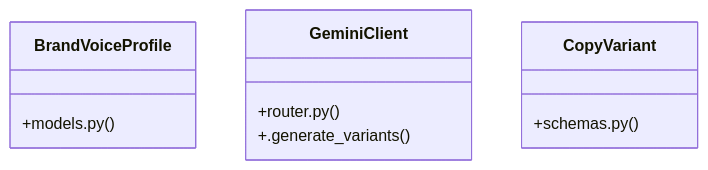
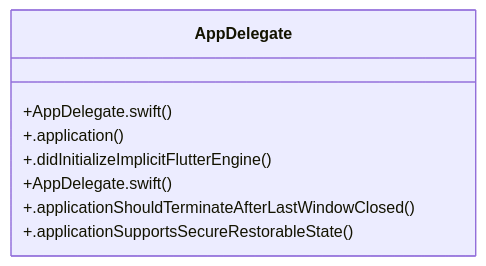
The diagram in graphify-out/wiki/Community_23.md (IHKodifier/kloudshop), drawn with Mermaid before and after one commit. The commit also changed other lines of this file and 51 other files, not shown here.

Commit message:
offloading graphify updatwsto github

````diff
--- a/graphify-out/wiki/Community_23.md
+++ b/graphify-out/wiki/Community_23.md
@@ -33,13 +19,11 @@
 ```mermaid
 classDiagram
-    class BrandVoiceProfile {
-        +models.py()
-    }
-    class GeminiClient {
-        +router.py()
-        +.generate_variants()
-    }
-    class CopyVariant {
-        +schemas.py()
+    class AppDelegate {
+        +AppDelegate.swift()
+        +.application()
+        +.didInitializeImplicitFlutterEngine()
+        +AppDelegate.swift()
+        +.applicationShouldTerminateAfterLastWindowClosed()
+        +.applicationSupportsSecureRestorableState()
     }
 ```
````
